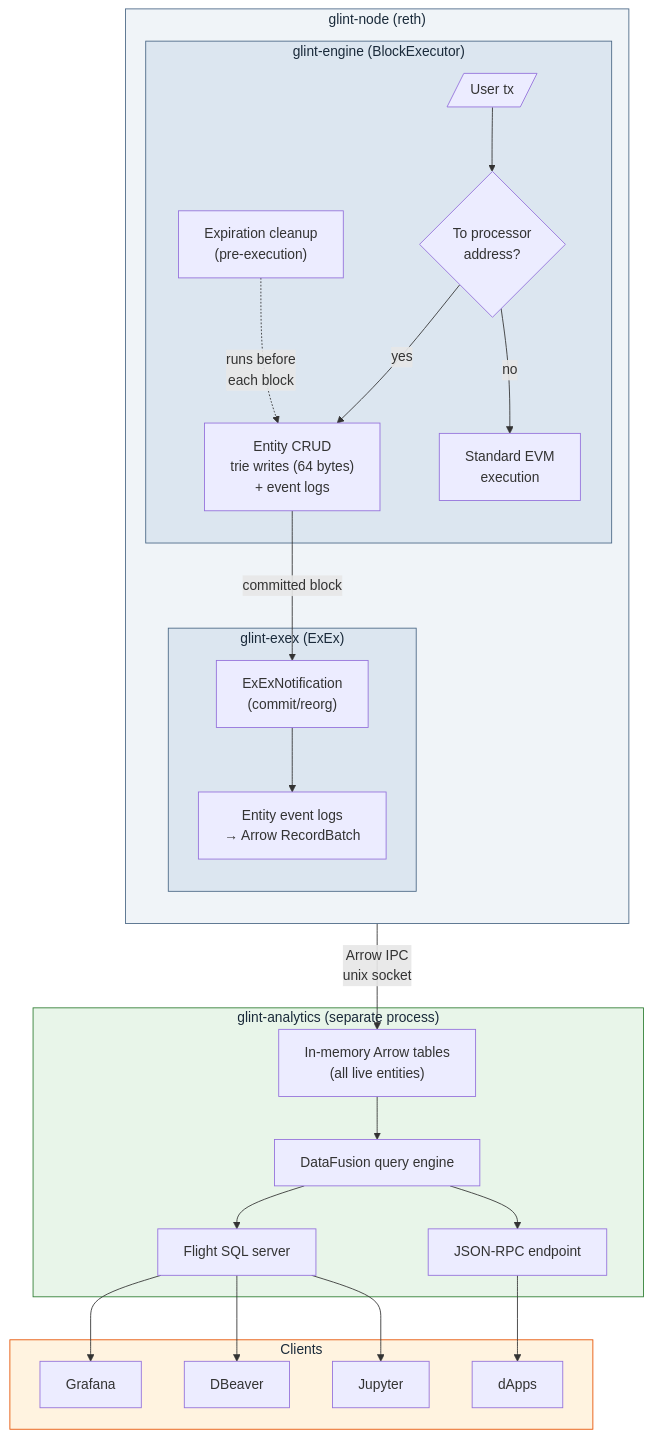
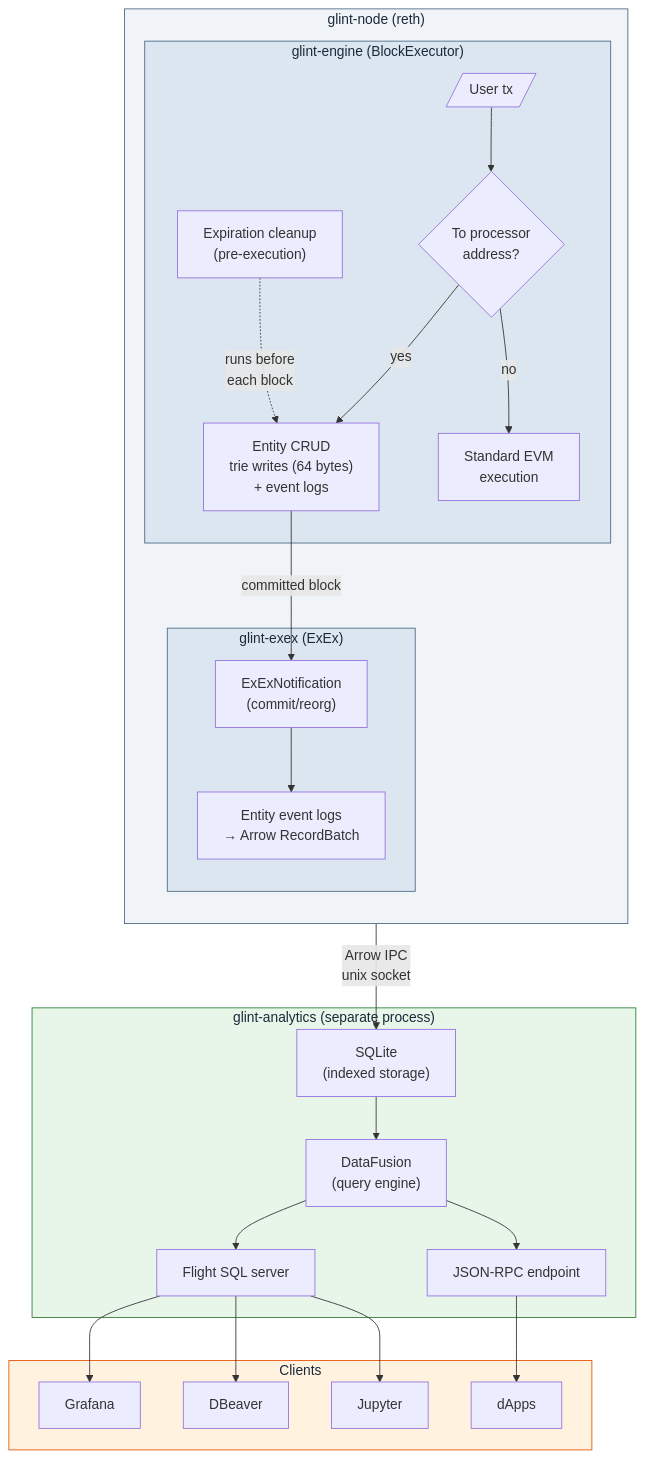
The diagram in README.md (vaporif/glint), drawn with Mermaid before and after one commit. The commit also changed other lines of this file, not shown here.

````diff
--- a/README.md
+++ b/README.md
@@ -37,57 +37,57 @@
 ```mermaid
 graph TB
     subgraph node["glint-node (reth)"]
         direction TB
 
         subgraph engine["glint-engine (BlockExecutor)"]
             tx_in[/"User tx"/]
             check{To processor<br/>address?}
             crud["Entity CRUD<br/>trie writes (64 bytes)<br/>+ event logs"]
             evm["Standard EVM<br/>execution"]
             expire["Expiration cleanup<br/>(pre-execution)"]
 
             tx_in --> check
             check -->|yes| crud
             check -->|no| evm
             expire -.->|runs before<br/>each block| crud
         end
 
         subgraph exex["glint-exex (ExEx)"]
             notify["ExExNotification<br/>(commit/reorg)"]
             arrow["Entity event logs<br/>→ Arrow RecordBatch"]
             notify --> arrow
         end
 
         crud -->|committed block| notify
     end
 
     subgraph analytics["glint-analytics (separate process)"]
-        mem["In-memory Arrow tables<br/>(all live entities)"]
-        df["DataFusion query engine"]
+        sqlite["SQLite<br/>(indexed storage)"]
+        df["DataFusion<br/>(query engine)"]
         flight["Flight SQL server"]
         rpc["JSON-RPC endpoint"]
-        mem --> df
+        sqlite --> df
         df --> flight
         df --> rpc
     end
 
-    arrow -->|Arrow IPC<br/>unix socket| mem
+    arrow -->|Arrow IPC<br/>unix socket| sqlite
 
     subgraph clients["Clients"]
         grafana["Grafana"]
         dbeaver["DBeaver"]
         jupyter["Jupyter"]
         app["dApps"]
     end
 
     flight --> grafana
     flight --> dbeaver
     flight --> jupyter
     rpc --> app
 
     style node fill:#f0f4f8,stroke:#4a6785,color:#1a2a3a
     style engine fill:#dce6f0,stroke:#4a6785,color:#1a2a3a
     style exex fill:#dce6f0,stroke:#4a6785,color:#1a2a3a
     style analytics fill:#e8f5e9,stroke:#2e7d32,color:#1a2a3a
     style clients fill:#fff3e0,stroke:#e65100,color:#1a2a3a
 ```
````
